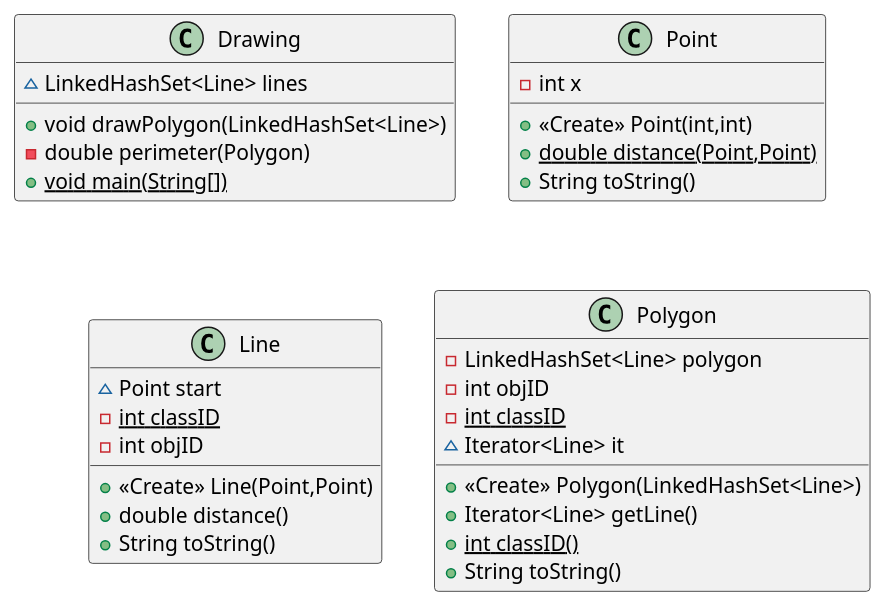
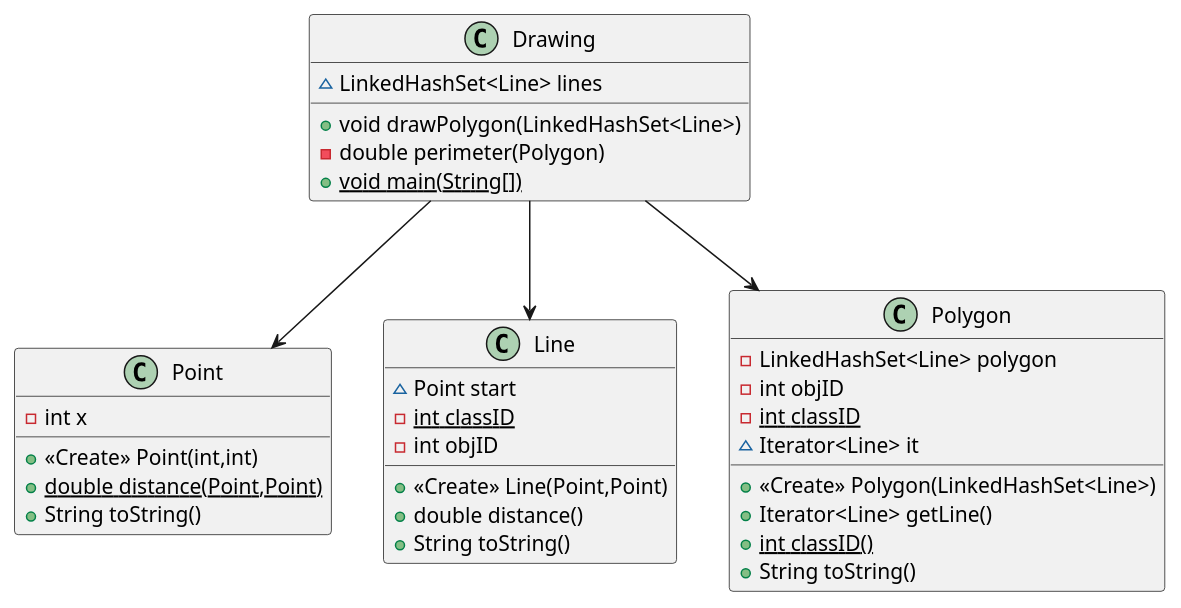
One commit to chvaldez10/MEng-Fall-Group changed the diagram in Playground/Christian/Assignment 1/assignment1/drawing.puml. Above: the diagram before and after it, drawn with PlantUML. The commit also changed 4 other files, not shown here.

```diff
--- a/Playground/Christian/Assignment 1/assignment1/drawing.puml
+++ b/Playground/Christian/Assignment 1/assignment1/drawing.puml
@@ -1,32 +1,36 @@
 @startuml
-class Drawing {
-~ LinkedHashSet<Line> lines
-+ void drawPolygon(LinkedHashSet<Line>)
-- double perimeter(Polygon)
-+ {static} void main(String[])
-}
-class Point {
-- int x
-+ <<Create>> Point(int,int)
-+ {static} double distance(Point,Point)
-+ String toString()
-}
-class Line {
-~ Point start
-- {static} int classID
-- int objID
-+ <<Create>> Line(Point,Point)
-+ double distance()
-+ String toString()
-}
-class Polygon {
-- LinkedHashSet<Line> polygon
-- int objID
-- {static} int classID
-~ Iterator<Line> it
-+ <<Create>> Polygon(LinkedHashSet<Line>)
-+ Iterator<Line> getLine()
-+ {static} int classID()
-+ String toString()
-}
+    class Drawing {
+        ~ LinkedHashSet<Line> lines
+        + void drawPolygon(LinkedHashSet<Line>)
+        - double perimeter(Polygon)
+        + {static} void main(String[])
+    }
+    class Point {
+        - int x
+        + <<Create>> Point(int,int)
+        + {static} double distance(Point,Point)
+        + String toString()
+    }
+    class Line {
+        ~ Point start
+        - {static} int classID
+        - int objID
+        + <<Create>> Line(Point,Point)
+        + double distance()
+        + String toString()
+    }
+    class Polygon {
+        - LinkedHashSet<Line> polygon
+        - int objID
+        - {static} int classID
+        ~ Iterator<Line> it
+        + <<Create>> Polygon(LinkedHashSet<Line>)
+        + Iterator<Line> getLine()
+        + {static} int classID()
+        + String toString()
+    }
+
+    Drawing --> Line
+    Drawing --> Polygon
+    Drawing --> Point
 @enduml
```
